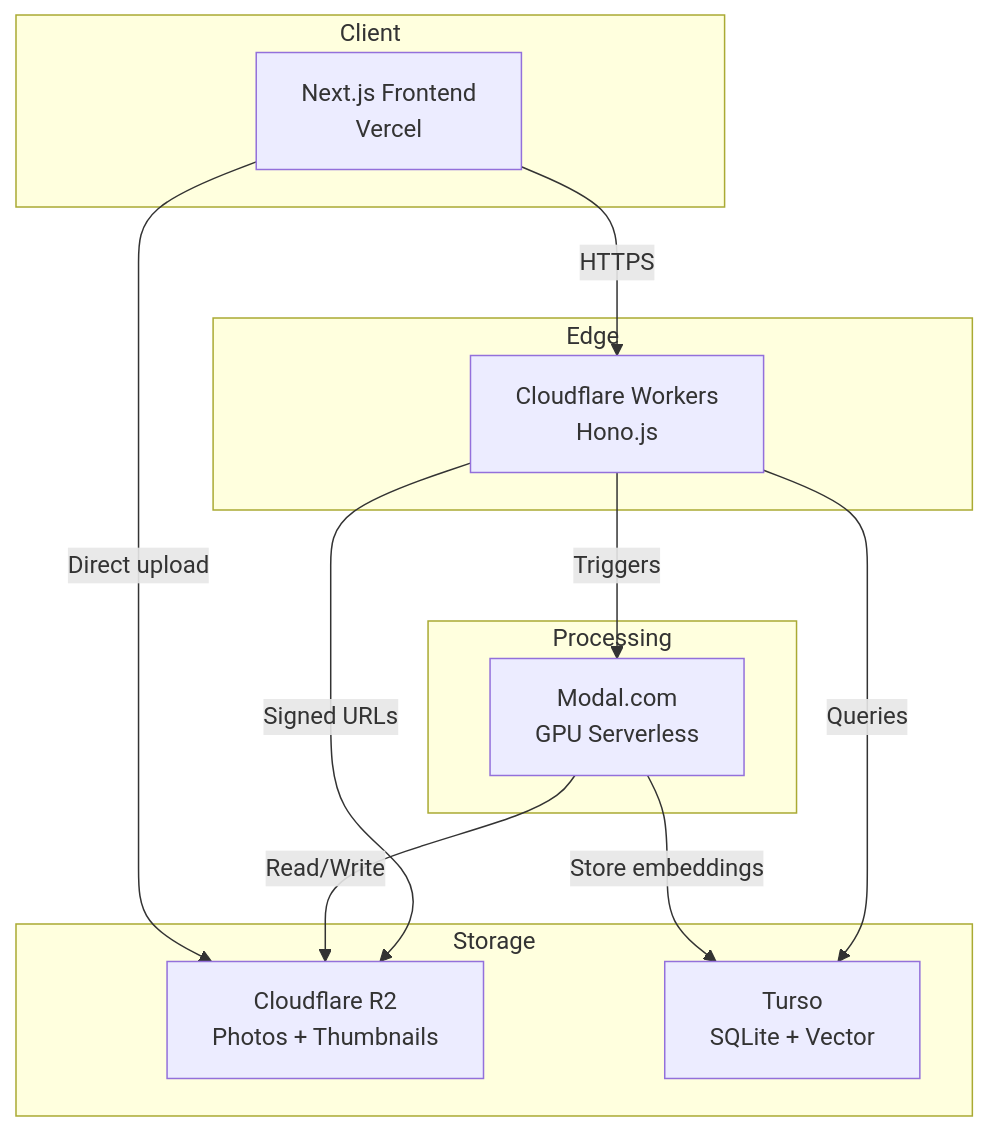
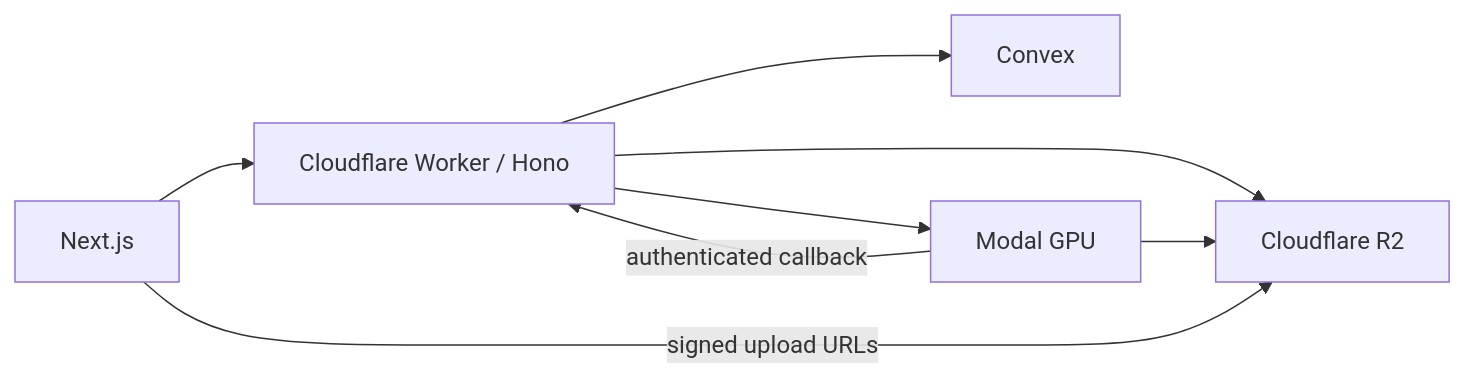
Before and after one commit to maybemnv/GrabPic: the diagram in README.md, drawn with Mermaid. The commit also changed other lines of this file and 41 other files, not shown here.

````diff
--- a/README.md
+++ b/README.md
@@ -7,27 +8,10 @@
 ```mermaid
-graph TB
-    subgraph Client
-        WEB[Next.js Frontend<br/>Vercel]
-    end
-
-    subgraph Edge
-        API[Cloudflare Workers<br/>Hono.js]
-    end
-
-    subgraph Storage
-        R2[Cloudflare R2<br/>Photos + Thumbnails]
-        DB[Turso<br/>SQLite + Vector]
-    end
-
-    subgraph Processing
-        MODAL[Modal.com<br/>GPU Serverless]
-    end
-
-    WEB -->|HTTPS| API
-    API -->|Signed URLs| R2
-    API -->|Queries| DB
-    API -->|Triggers| MODAL
-    MODAL -->|Read/Write| R2
-    MODAL -->|Store embeddings| DB
-    WEB -->|Direct upload| R2
+flowchart LR
+  WEB[Next.js] --> API[Cloudflare Worker / Hono]
+  API --> CV[Convex]
+  API --> R2[Cloudflare R2]
+  API --> MODAL[Modal GPU]
+  MODAL --> R2
+  MODAL -->|authenticated callback| API
+  WEB -->|signed upload URLs| R2
 ```
````
